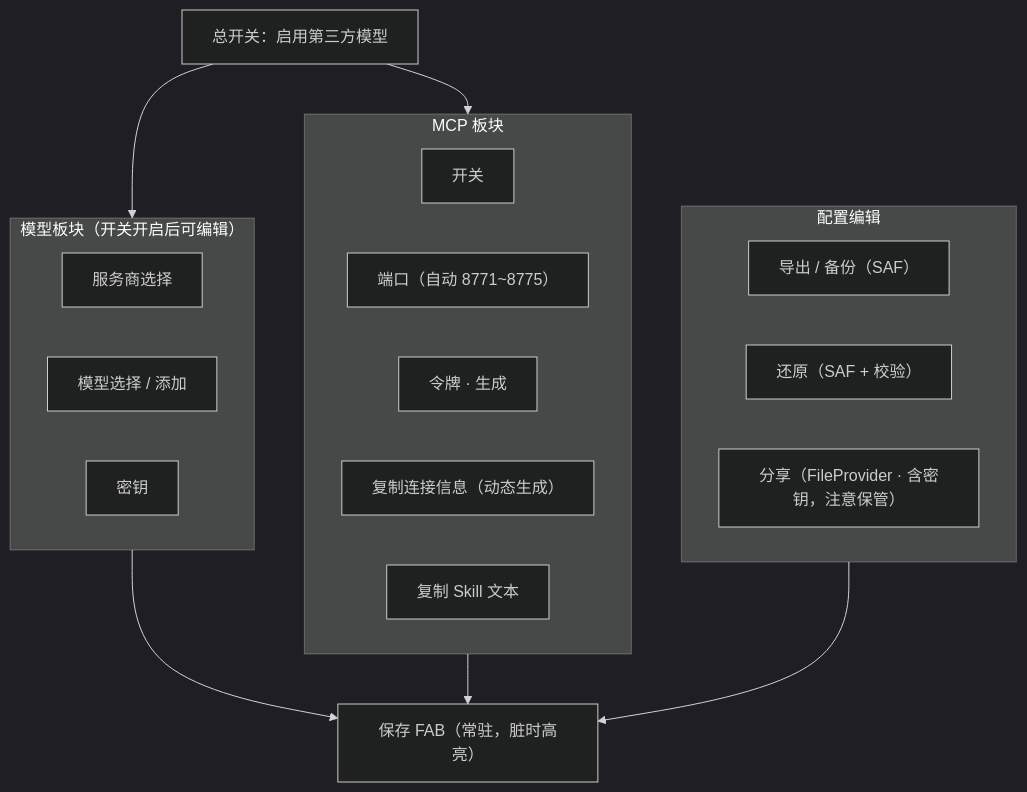
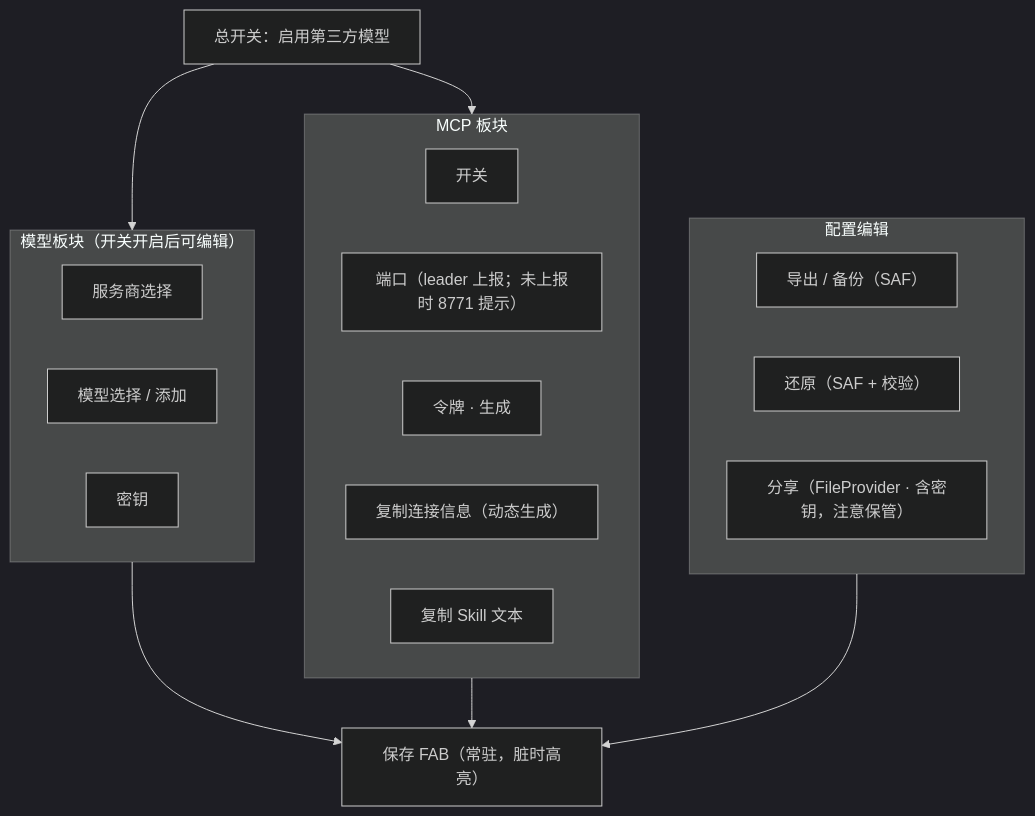
The third of 9 diagrams in docs/ui-architecture.md (xuanyuanluoxue/xiaoi-plus), drawn with Mermaid (dark theme) before and after one commit. The commit also changed other lines of this file and 8 other files, not shown here.

````diff
--- a/docs/ui-architecture.md
+++ b/docs/ui-architecture.md
@@ -89,28 +89,28 @@
 ```mermaid
 flowchart TB
     EN["总开关：启用第三方模型"]
     subgraph MODEL["模型板块（开关开启后可编辑）"]
         PV["服务商选择"]
         MD["模型选择 / 添加"]
         KEY["密钥"]
     end
     subgraph MCPS["MCP 板块"]
         M1["开关"]
-        M2["端口（自动 8771~8775）"]
+        M2["端口（leader 上报；未上报时 8771 提示）"]
         M3["令牌 · 生成"]
         M4["复制连接信息（动态生成）"]
         M5["复制 Skill 文本"]
     end
     subgraph EDIT["配置编辑"]
         E1["导出 / 备份（SAF）"]
         E2["还原（SAF + 校验）"]
         E3["分享（FileProvider · 含密钥，注意保管）"]
     end
     FAB["保存 FAB（常驻，脏时高亮）"]
 
     EN --> MODEL
     EN --> MCPS
     MODEL --> FAB
     MCPS --> FAB
     EDIT --> FAB
 ```
````
